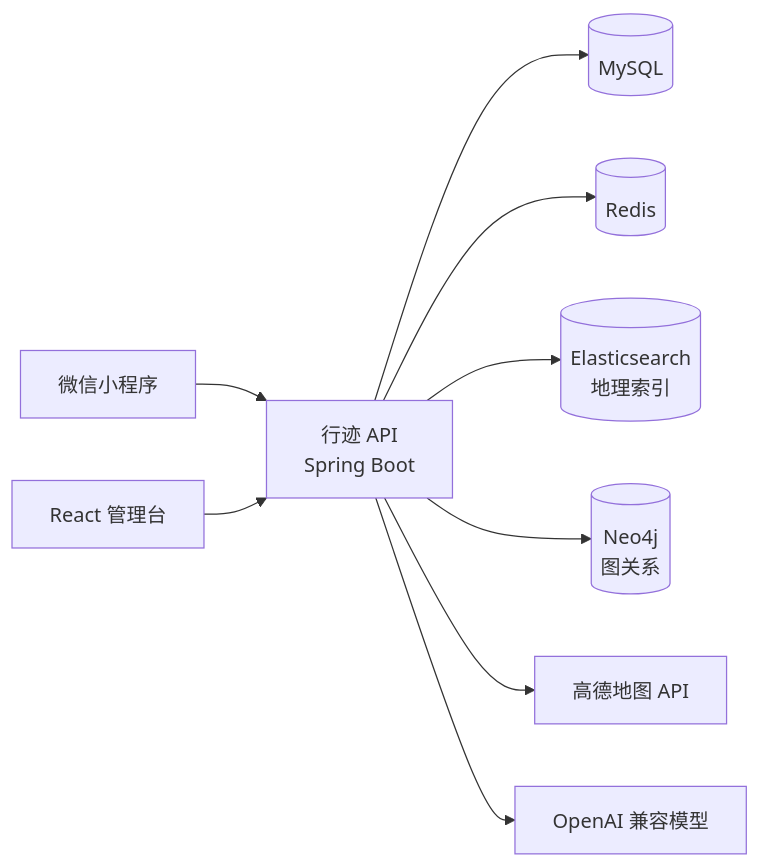
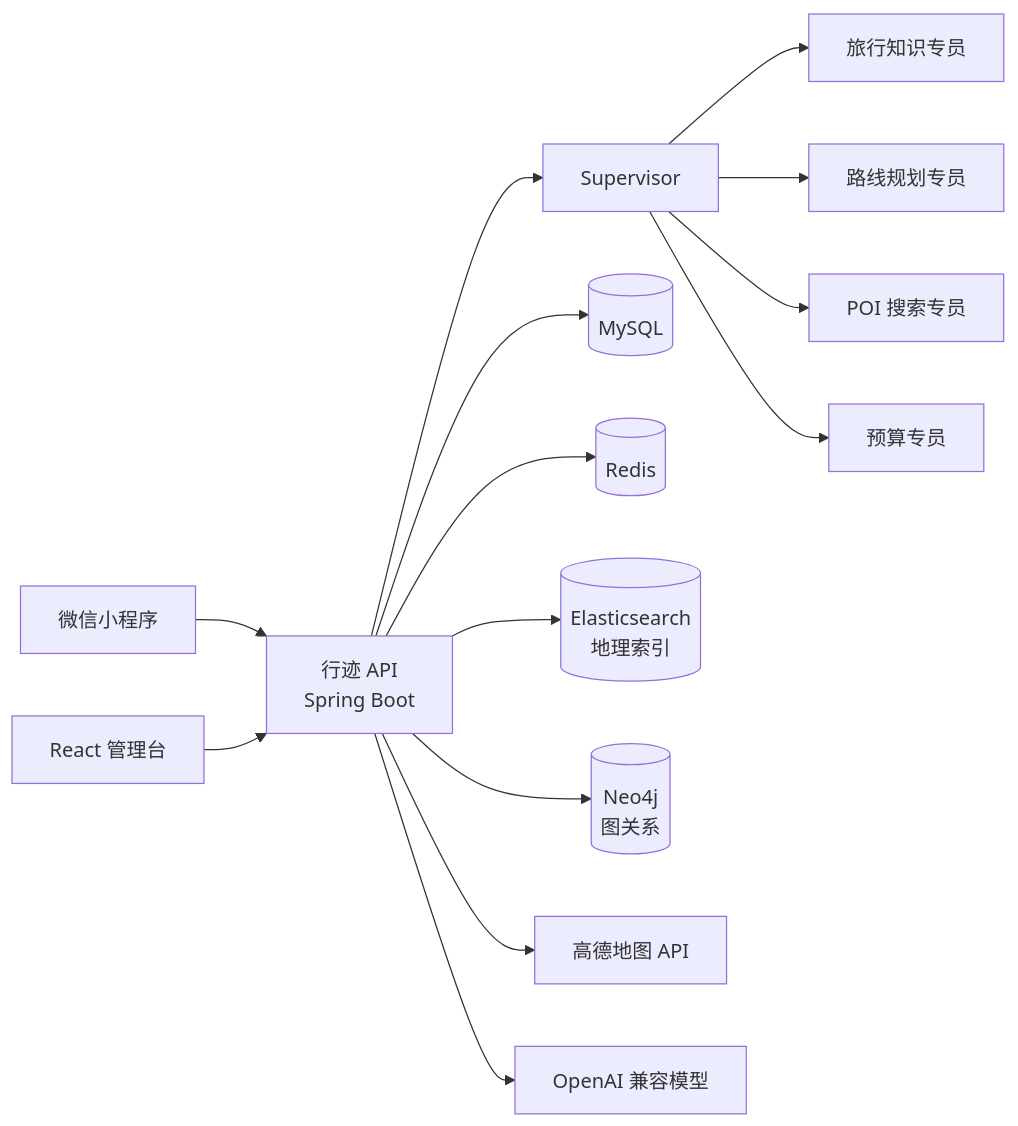
Before and after one commit to NDAKJin/travel-agent: the diagram in README.md, drawn with Mermaid. The commit also changed other lines of this file, not shown here.

````diff
--- a/README.md
+++ b/README.md
@@ -49,21 +50,31 @@
 ```mermaid
 flowchart LR
     mini[微信小程序]
     admin[React 管理台]
     api[行迹 API<br/>Spring Boot]
+    supervisor[Supervisor]
+    knowledge[旅行知识专员]
+    route[路线规划专员]
+    poi[POI 搜索专员]
+    budget[预算专员]
     mysql[(MySQL)]
     redis[(Redis)]
     es[(Elasticsearch<br/>地理索引)]
     neo4j[(Neo4j<br/>图关系)]
     amap[高德地图 API]
     model[OpenAI 兼容模型]
 
     mini --> api
     admin --> api
+    api --> supervisor
+    supervisor --> knowledge
+    supervisor --> route
+    supervisor --> poi
+    supervisor --> budget
     api --> mysql
     api --> redis
     api --> es
     api --> neo4j
     api --> amap
     api --> model
 ```
````
